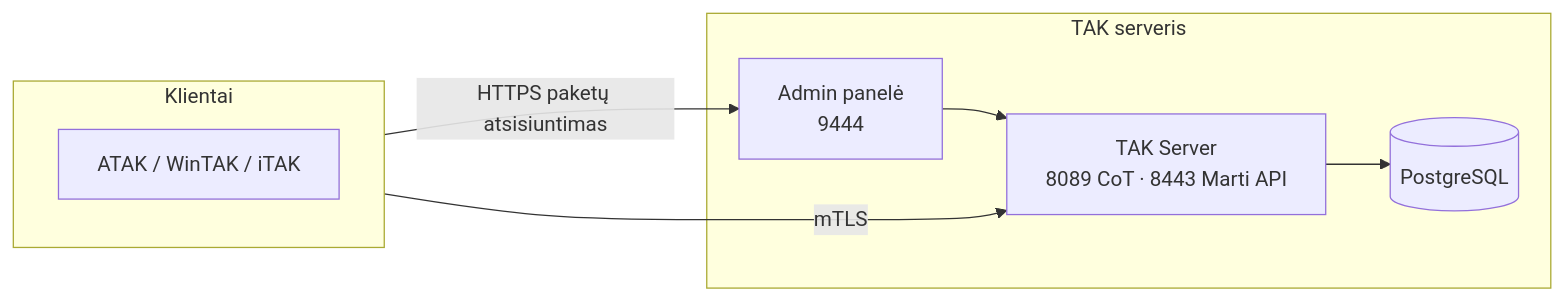
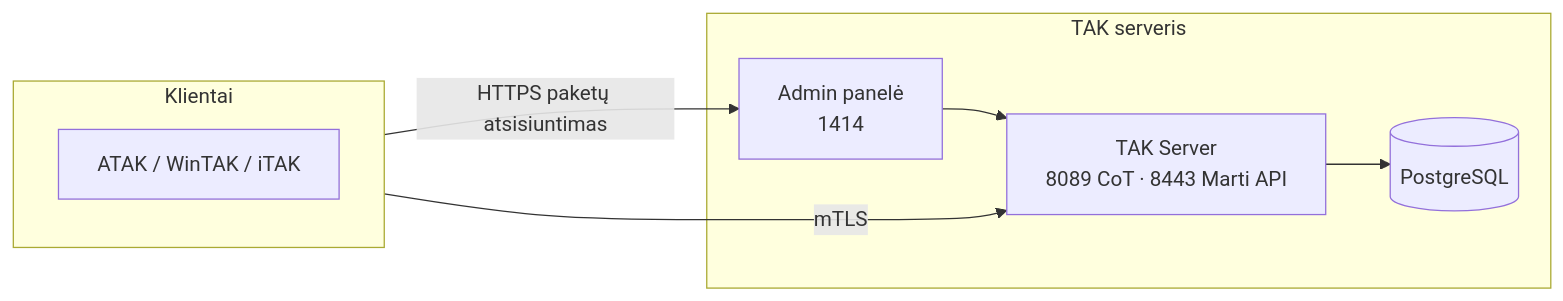
Before and after one commit to ndukve/TAK: the diagram in docs/00-pradeti-cia.md, drawn with Mermaid. The commit also changed 21 other files, not shown here.

````diff
--- a/docs/00-pradeti-cia.md
+++ b/docs/00-pradeti-cia.md
@@ -13,15 +13,15 @@
 ```mermaid
 flowchart LR
   subgraph clients [Klientai]
     ATAK["ATAK / WinTAK / iTAK"]
   end
   subgraph server [TAK serveris]
     TAK["TAK Server\n8089 CoT · 8443 Marti API"]
-    Admin["Admin panelė\n9444"]
+    Admin["Admin panelė\n1414"]
     DB[("PostgreSQL")]
   end
   clients -->|mTLS| TAK
   clients -->|HTTPS paketų atsisiuntimas| Admin
   TAK --> DB
   Admin --> TAK
 ```
````
